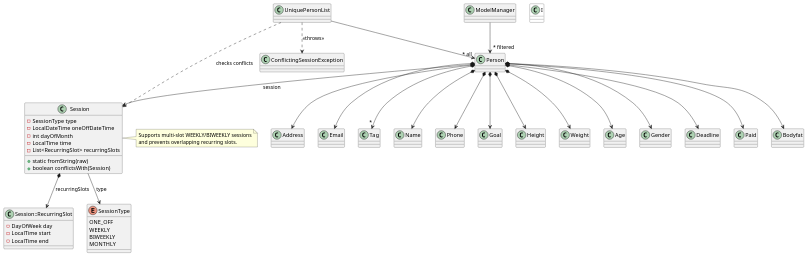
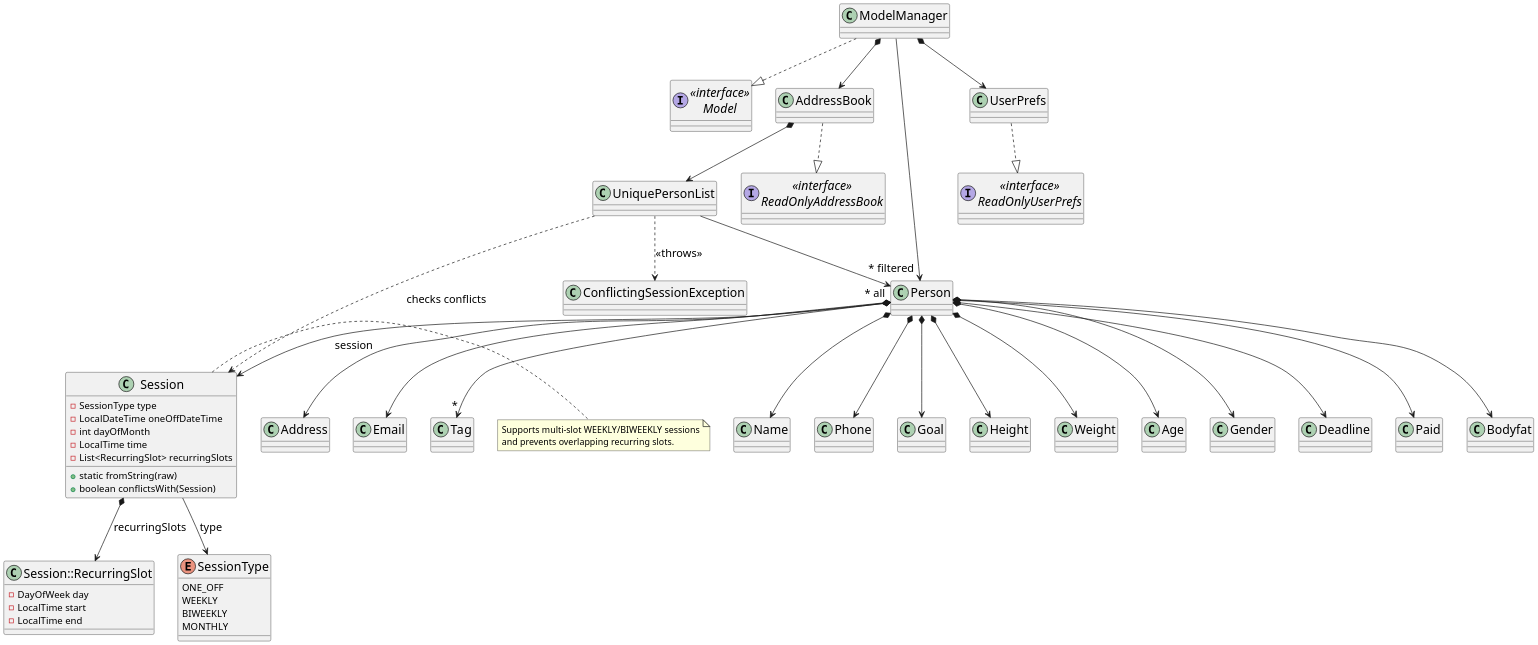
One commit to AY2526S1-CS2103T-F09-4/tp changed the diagram in diagrams/ModelClassDiagram.puml. Above: the diagram before and after it, drawn with PlantUML. The commit also changed 28 other files, not shown here.

```diff
--- a/diagrams/ModelClassDiagram.puml
+++ b/diagrams/ModelClassDiagram.puml
@@ -1,60 +1,76 @@
 @startuml
+scale 1.75
+
+skinparam classFontSize 18
+skinparam arrowFontSize 16
+
+Interface "<<interface>>\nModel" as Model
+Class ModelManager
+Class AddressBook
+Interface "<<interface>>\nReadOnlyAddressBook" as ReadOnlyAddressBook
+Class UserPrefs
+Interface "<<interface>>\nReadOnlyUserPrefs" as ReadOnlyUserPrefs
+Class UniquePersonList
+Class Person
 
 Class Tag
 
 Class Session {
     -SessionType type
     -LocalDateTime oneOffDateTime
     -int dayOfMonth
     -LocalTime time
     -List<RecurringSlot> recurringSlots
     +static fromString(raw)
     +boolean conflictsWith(Session)
 }
 
 Class "Session::RecurringSlot" as SessionRecurringSlot {
     -DayOfWeek day
     -LocalTime start
     -LocalTime end
 }
 
 Enum SessionType {
     ONE_OFF
     WEEKLY
     BIWEEKLY
     MONTHLY
 }
 
 Class ConflictingSessionException
 
-Class I #FFFFFF
-
+ModelManager ..|> Model
+ModelManager *--> AddressBook
+ModelManager *--> UserPrefs
+AddressBook ..|> ReadOnlyAddressBook
+UserPrefs ..|> ReadOnlyUserPrefs
+AddressBook *--> UniquePersonList
 UniquePersonList --> "~* all" Person
 UniquePersonList ..> Session : checks conflicts
 UniquePersonList ..> ConflictingSessionException : <<throws>>
 Person *--> Name
 Person *--> Phone
 Person *--> Email
 Person *--> Address
 Person *--> Goal
 Person *--> Height
 Person *--> Weight
 Person *--> Age
 Person *--> Gender
 Person *--> Deadline
 Person *--> Paid
 Person *--> Bodyfat
 Person *--> "*" Tag
 Person *--> Session : session
 Session *--> SessionRecurringSlot : recurringSlots
 Session --> SessionType : type
+ModelManager --> "~* filtered" Person
 
 Address -[hidden]right-> Email
 
 note right of Session
   Supports multi-slot WEEKLY/BIWEEKLY sessions
   and prevents overlapping recurring slots.
 end note
-
-ModelManager --> "~* filtered" Person
 @enduml
```
